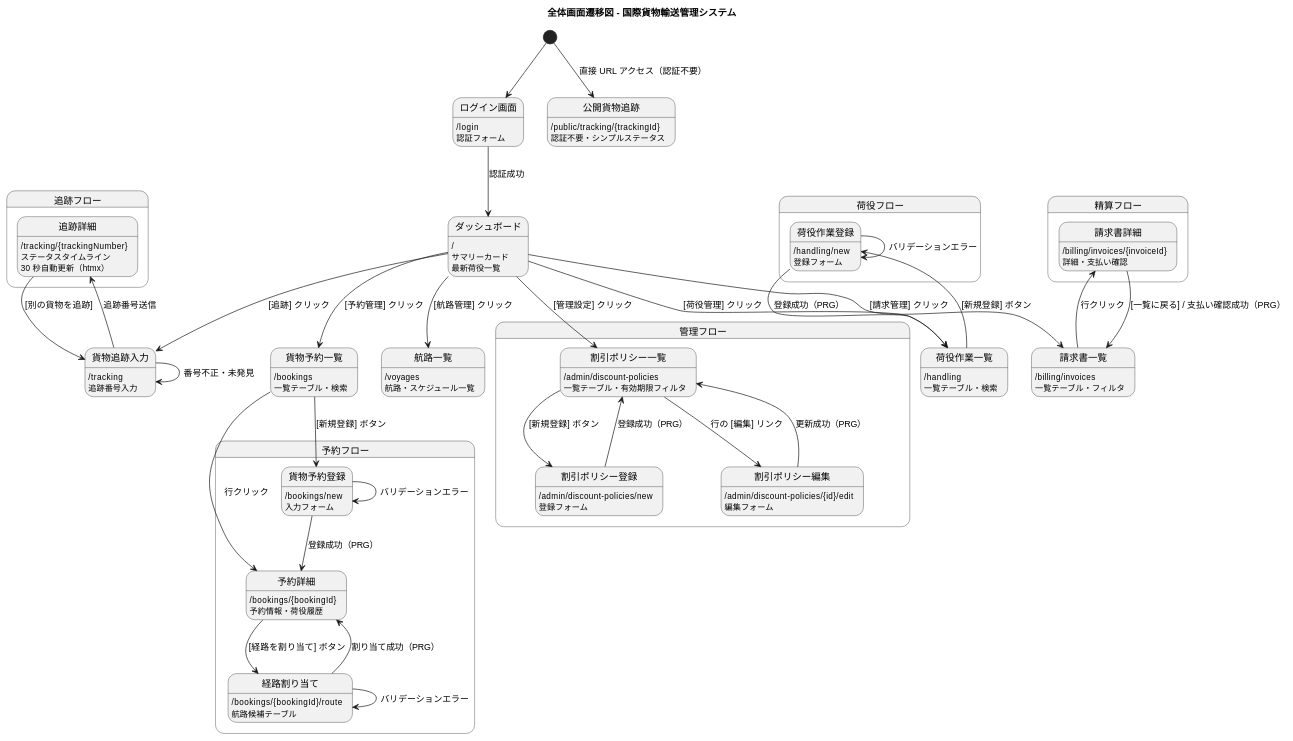
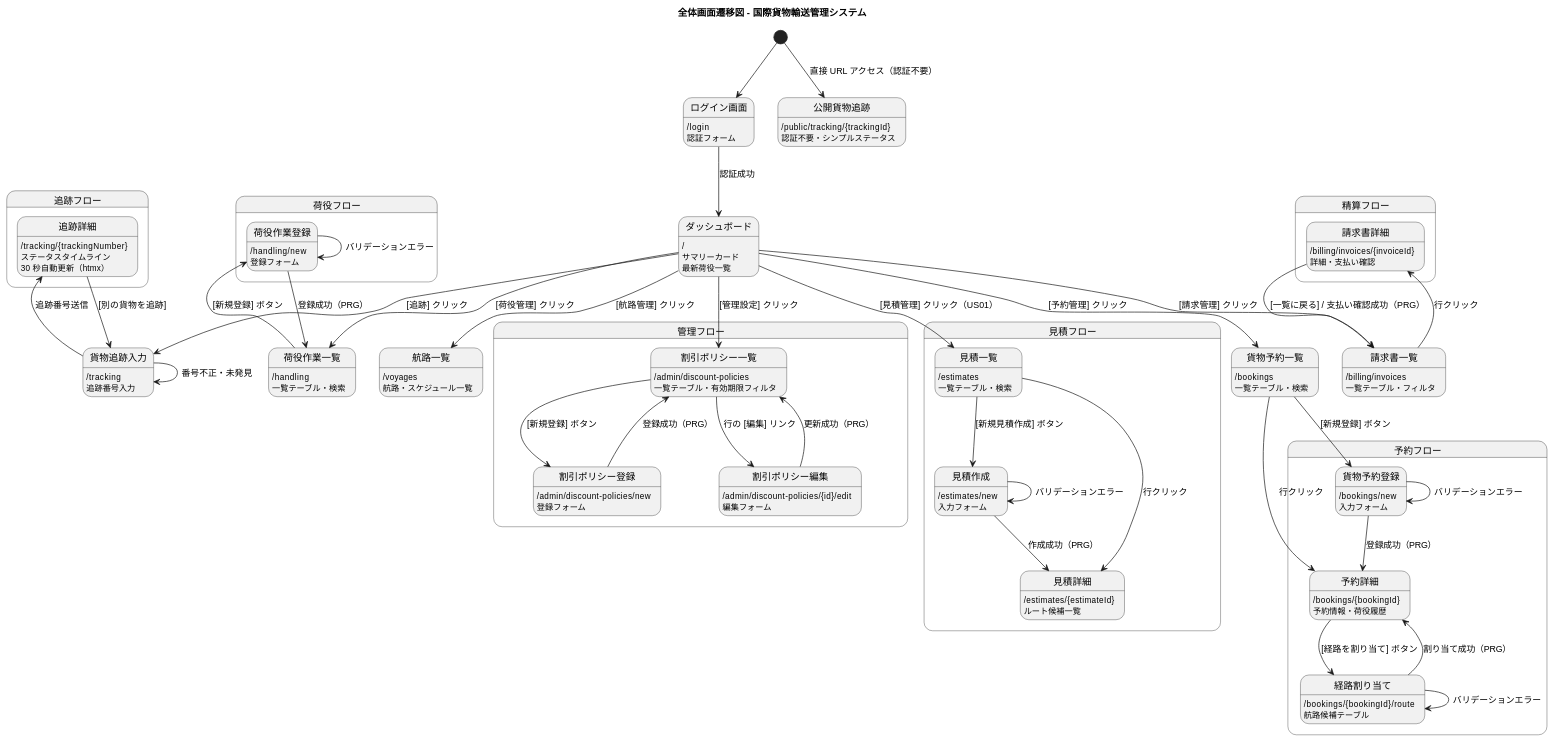
Before and after one commit to k2works/case-study-cargo-tracker: the second of 18 diagrams in docs/design/ui_design.md, drawn with PlantUML. The commit also changed other lines of this file, not shown here.

Commit message:
docs(design): US01・US06 の UI 設計を ui_design.md に追加
- 画面一覧に見積一覧・見積作成・見積詳細の 3 画面を追加
- 全体画面遷移図に見積フロー（estimation_flow）を追加
- 予約詳細仕様に US06 引き渡しボタン（POST /bookings/{bookingId}/assign-routing）を追加

````diff
--- a/docs/design/ui_design.md
+++ b/docs/design/ui_design.md
@@ -262,5 +265,27 @@
 ダッシュボード --> 割引ポリシー一覧 : [管理設定] クリック
 [*] --> 公開貨物追跡 : 直接 URL アクセス（認証不要）
 
+state "見積フロー" as estimation_flow {
+  state 見積一覧 {
+    見積一覧 : /estimates
+    見積一覧 : 一覧テーブル・検索
+  }
+  state 見積作成 {
+    見積作成 : /estimates/new
+    見積作成 : 入力フォーム
+  }
+  state 見積詳細 {
+    見積詳細 : /estimates/{estimateId}
+    見積詳細 : ルート候補一覧
+  }
+
+  見積一覧 --> 見積作成 : [新規見積作成] ボタン
+  見積一覧 --> 見積詳細 : 行クリック
+  見積作成 --> 見積詳細 : 作成成功（PRG）
+  見積作成 --> 見積作成 : バリデーションエラー
+}
+
+ダッシュボード --> 見積一覧 : [見積管理] クリック（US01）
+
 @enduml
 ```
````
